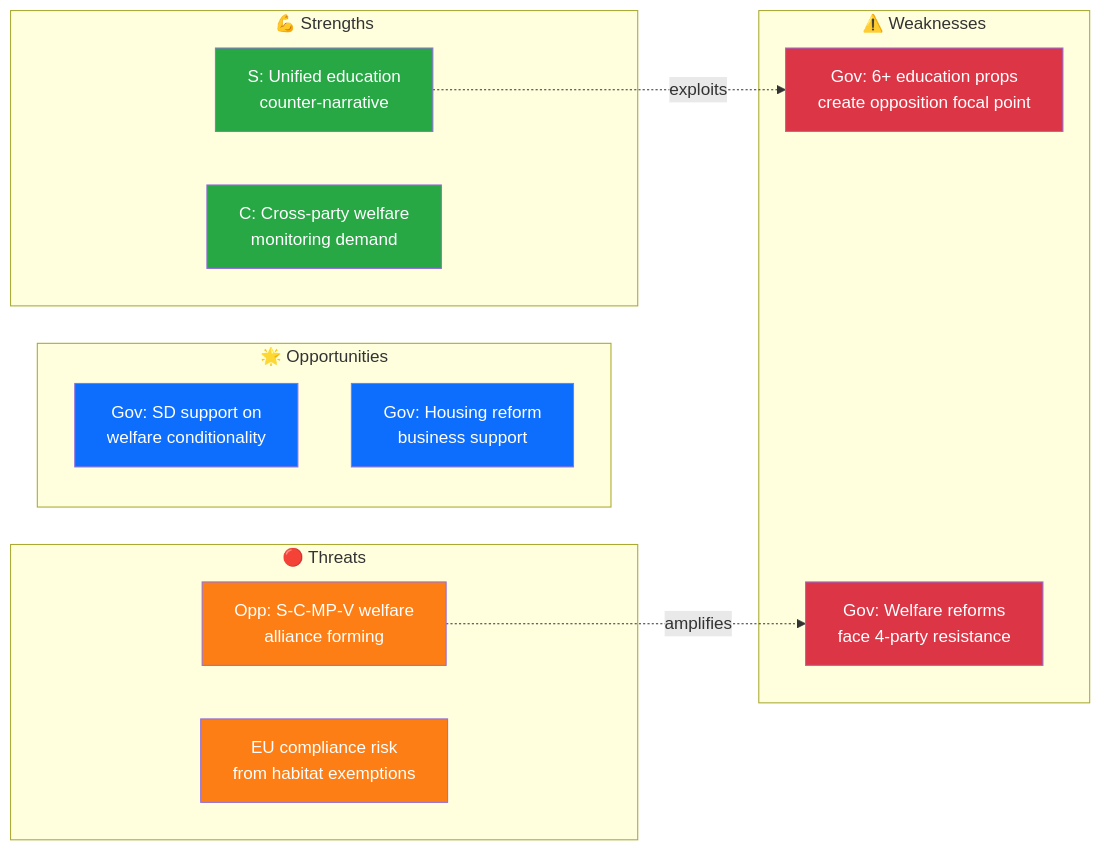
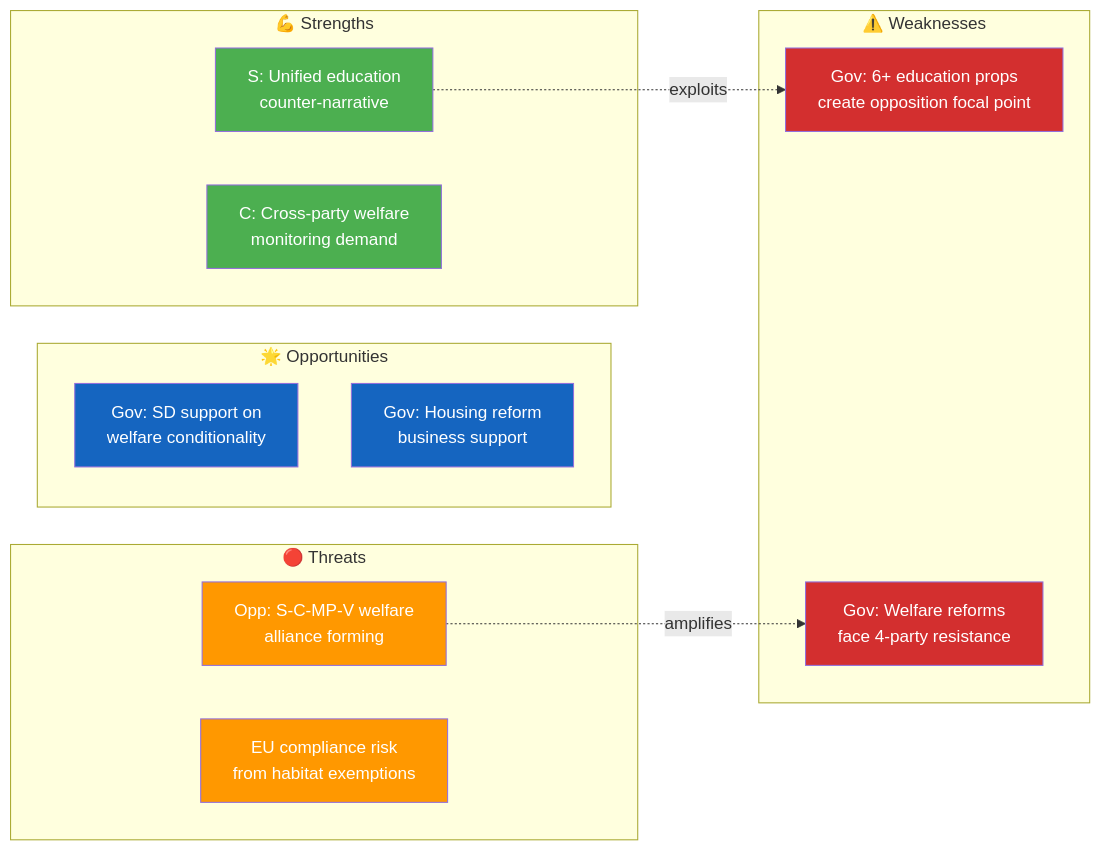
The second of 2 diagrams in analysis/daily/2026-04-01/motions/synthesis-summary.md (Hack23/riksdagsmonitor), drawn with Mermaid before and after one commit. The commit also changed other lines of this file and 785 other files, not shown here.

First line of the commit message:
Normalize mermaid colors across 786 analysis artifacts to ISMS Style Guide palette

````diff
--- a/analysis/daily/2026-04-01/motions/synthesis-summary.md
+++ b/analysis/daily/2026-04-01/motions/synthesis-summary.md
@@ -63,29 +63,29 @@
 ```mermaid
 graph LR
     subgraph Strengths["💪 Strengths"]
         S1["S: Unified education<br/>counter-narrative"]
         S2["C: Cross-party welfare<br/>monitoring demand"]
     end
     subgraph Weaknesses["⚠️ Weaknesses"]
         W1["Gov: 6+ education props<br/>create opposition focal point"]
         W2["Gov: Welfare reforms<br/>face 4-party resistance"]
     end
     subgraph Opportunities["🌟 Opportunities"]
         O1["Gov: SD support on<br/>welfare conditionality"]
         O2["Gov: Housing reform<br/>business support"]
     end
     subgraph Threats["🔴 Threats"]
         T1["Opp: S-C-MP-V welfare<br/>alliance forming"]
         T2["EU compliance risk<br/>from habitat exemptions"]
     end
     S1 -.->|exploits| W1
     T1 -.->|amplifies| W2
-    style S1 fill:#28a745,color:#fff
-    style S2 fill:#28a745,color:#fff
-    style W1 fill:#dc3545,color:#fff
-    style W2 fill:#dc3545,color:#fff
-    style O1 fill:#0d6efd,color:#fff
-    style O2 fill:#0d6efd,color:#fff
-    style T1 fill:#fd7e14,color:#fff
-    style T2 fill:#fd7e14,color:#fff
+    style S1 fill:#4CAF50,color:#FFFFFF
+    style S2 fill:#4CAF50,color:#FFFFFF
+    style W1 fill:#D32F2F,color:#FFFFFF
+    style W2 fill:#D32F2F,color:#FFFFFF
+    style O1 fill:#1565C0,color:#FFFFFF
+    style O2 fill:#1565C0,color:#FFFFFF
+    style T1 fill:#FF9800,color:#FFFFFF
+    style T2 fill:#FF9800,color:#FFFFFF
 ```
````
